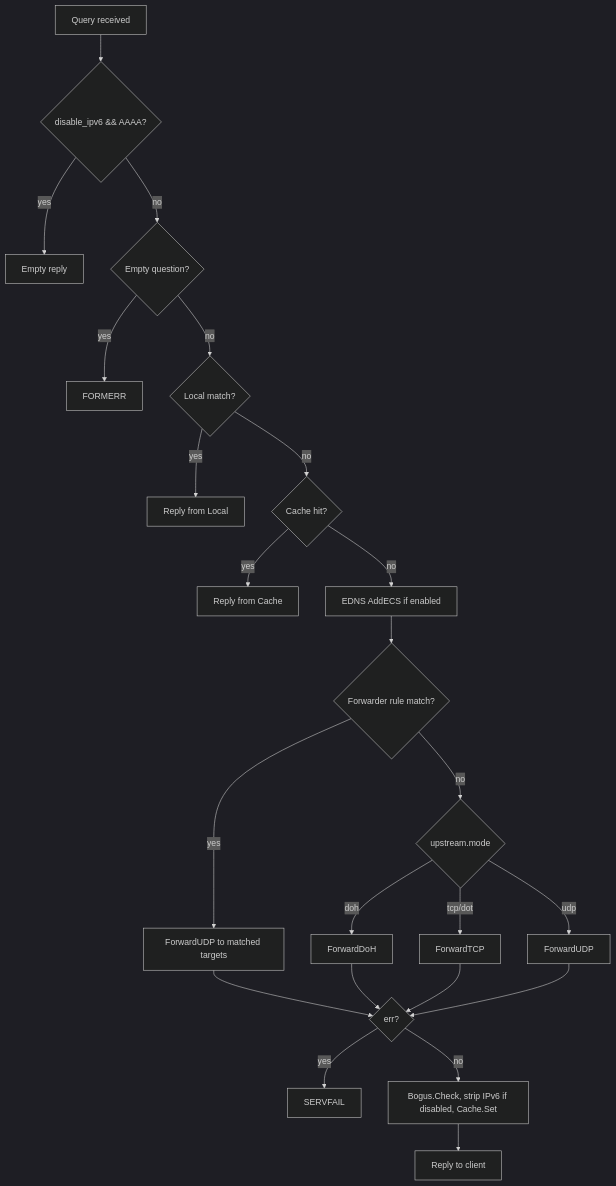
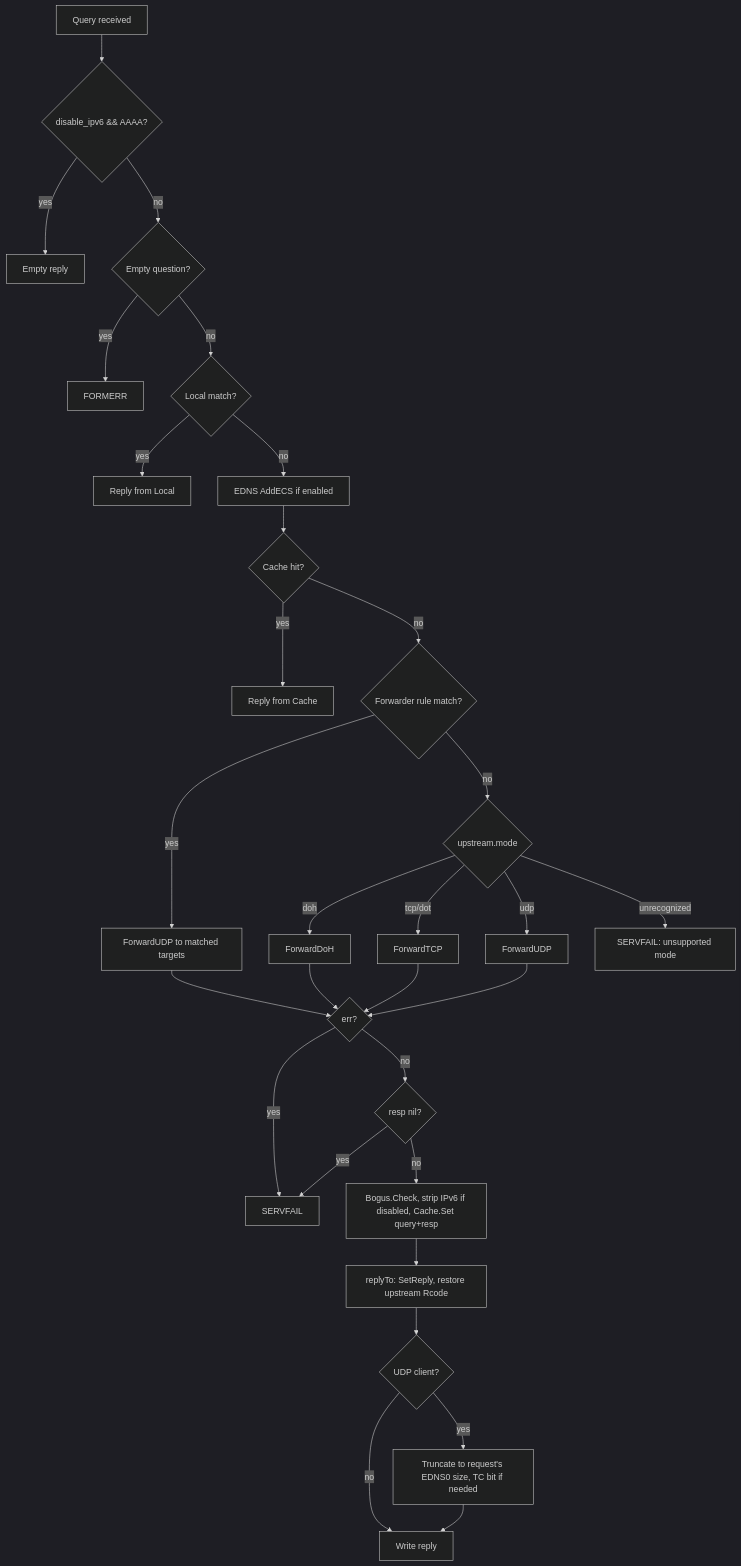
One commit to dimaskiddo/dns-proxy changed the second of 2 diagrams in docs/WORKFLOWS.md. Above: the diagram before and after it, drawn with Mermaid (dark theme). The commit also changed other lines of this file and 30 other files, not shown here.

````diff
--- a/docs/WORKFLOWS.md
+++ b/docs/WORKFLOWS.md
@@ -35,25 +35,32 @@
 ```mermaid
 flowchart TD
     Q[Query received] --> A{disable_ipv6 && AAAA?}
     A -->|yes| Empty[Empty reply]
     A -->|no| B{Empty question?}
     B -->|yes| Fmt[FORMERR]
     B -->|no| C{Local match?}
     C -->|yes| L[Reply from Local]
-    C -->|no| D{Cache hit?}
+    C -->|no| E[EDNS AddECS if enabled]
+    E --> D{Cache hit?}
     D -->|yes| Ca[Reply from Cache]
-    D -->|no| E[EDNS AddECS if enabled]
-    E --> F{Forwarder rule match?}
+    D -->|no| F{Forwarder rule match?}
     F -->|yes| G[ForwardUDP to matched targets]
     F -->|no| H{upstream.mode}
     H -->|doh| I[ForwardDoH]
     H -->|tcp/dot| J[ForwardTCP]
     H -->|udp| K[ForwardUDP]
+    H -->|unrecognized| Bad[SERVFAIL: unsupported mode]
     G --> M{err?}
     I --> M
     J --> M
     K --> M
     M -->|yes| Servfail[SERVFAIL]
-    M -->|no| N[Bogus.Check, strip IPv6 if disabled, Cache.Set]
-    N --> Reply[Reply to client]
+    M -->|no| Nil{resp nil?}
+    Nil -->|yes| Servfail
+    Nil -->|no| N[Bogus.Check, strip IPv6 if disabled, Cache.Set query+resp]
+    N --> RC[replyTo: SetReply, restore upstream Rcode]
+    RC --> Tr{UDP client?}
+    Tr -->|yes| Trunc[Truncate to request's EDNS0 size, TC bit if needed]
+    Tr -->|no| Reply[Write reply]
+    Trunc --> Reply
 ```
````
